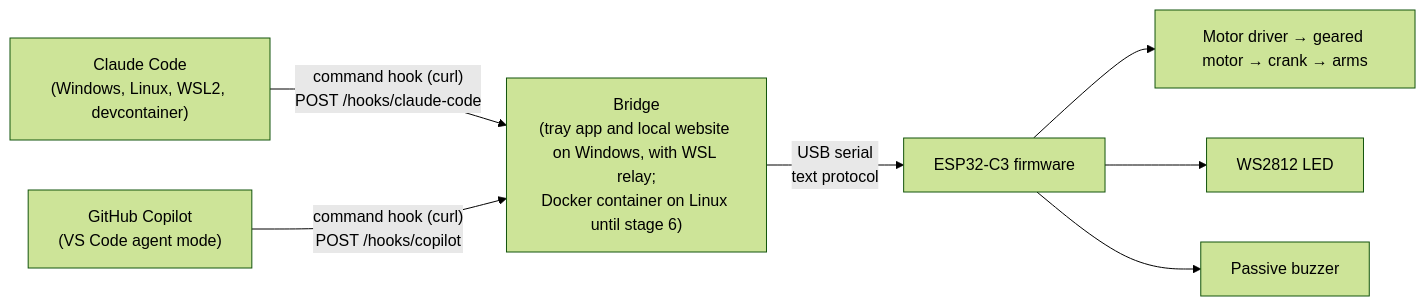
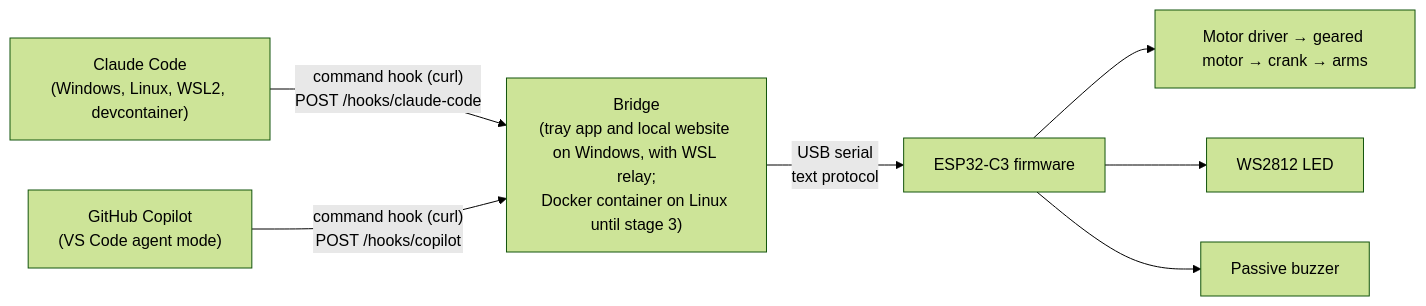
The diagram in spec/architecture.md (gravity981/agent-cody), drawn with Mermaid (forest theme) before and after one commit. The commit also changed other lines of this file and 5 other files, not shown here.

````diff
--- a/spec/architecture.md
+++ b/spec/architecture.md
@@ -9,9 +9,9 @@
 ```mermaid
 flowchart LR
     CC["Claude Code<br/>(Windows, Linux, WSL2, devcontainer)"] -->|"command hook (curl)<br/>POST /hooks/claude-code"| BR
     CP["GitHub Copilot<br/>(VS Code agent mode)"] -->|"command hook (curl)<br/>POST /hooks/copilot"| BR
-    BR["Bridge<br/>(tray app and local website on Windows, with WSL relay;<br/>Docker container on Linux until stage 6)"] -->|"USB serial<br/>text protocol"| FW
+    BR["Bridge<br/>(tray app and local website on Windows, with WSL relay;<br/>Docker container on Linux until stage 3)"] -->|"USB serial<br/>text protocol"| FW
     FW["ESP32-C3 firmware"] --> MD["Motor driver → geared motor → crank → arms"]
     FW --> LED["WS2812 LED"]
     FW --> BZ["Passive buzzer"]
 ```
````
